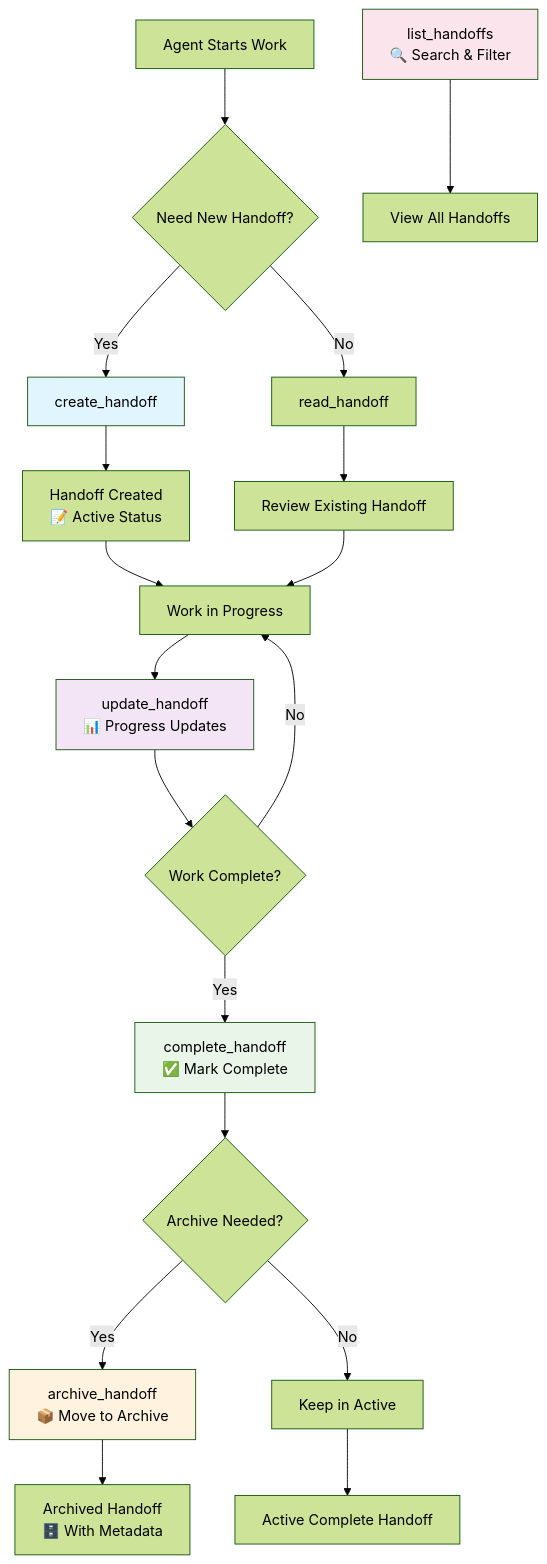
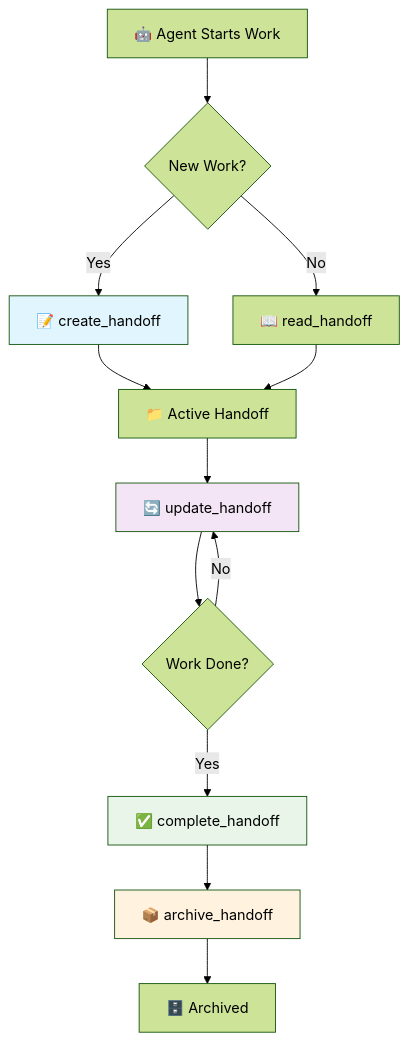
The second of 2 diagrams in README.md (dazeb/mcp-handoff-server), drawn with Mermaid (forest theme) before and after one commit. The commit also changed other lines of this file and 1 other file, not shown here.

````diff
--- a/README.md
+++ b/README.md
@@ -338,33 +134,23 @@
 ```mermaid
 graph TD
-    A[Agent Starts Work] --> B{Need New Handoff?}
-    B -->|Yes| C[create_handoff]
-    B -->|No| D[read_handoff]
+    A[🤖 Agent Starts Work] --> B{New Work?}
+    B -->|Yes| C[📝 create_handoff]
+    B -->|No| D[📖 read_handoff]
 
-    C --> E[Handoff Created<br/>📝 Active Status]
-    D --> F[Review Existing Handoff]
+    C --> E[📁 Active Handoff]
+    D --> E
 
-    E --> G[Work in Progress]
-    F --> G
+    E --> F[🔄 update_handoff]
+    F --> G{Work Done?}
 
-    G --> H[update_handoff<br/>📊 Progress Updates]
-    H --> I{Work Complete?}
+    G -->|No| F
+    G -->|Yes| H[✅ complete_handoff]
 
-    I -->|No| G
-    I -->|Yes| J[complete_handoff<br/>✅ Mark Complete]
-
-    J --> K{Archive Needed?}
-    K -->|Yes| L[archive_handoff<br/>📦 Move to Archive]
-    K -->|No| M[Keep in Active]
-
-    L --> N[Archived Handoff<br/>🗄️ With Metadata]
-    M --> O[Active Complete Handoff]
-
-    P[list_handoffs<br/>🔍 Search & Filter] --> Q[View All Handoffs]
+    H --> I[📦 archive_handoff]
+    I --> J[🗄️ Archived]
 
     style C fill:#e1f5fe
-    style H fill:#f3e5f5
-    style J fill:#e8f5e8
-    style L fill:#fff3e0
-    style P fill:#fce4ec
+    style F fill:#f3e5f5
+    style H fill:#e8f5e8
+    style I fill:#fff3e0
 ```
````
